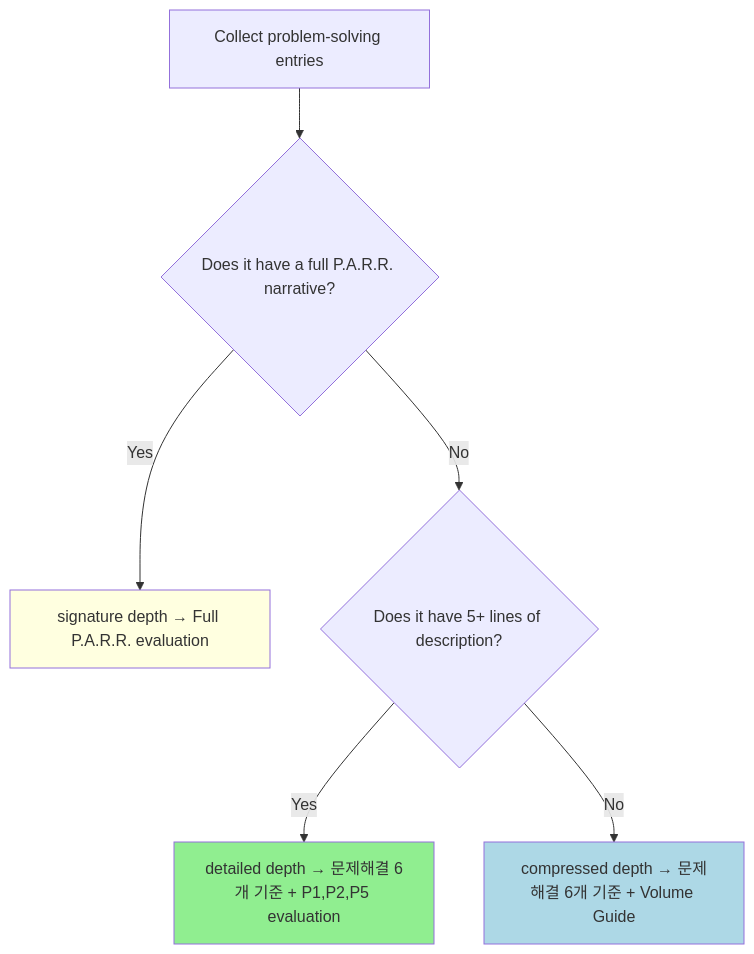
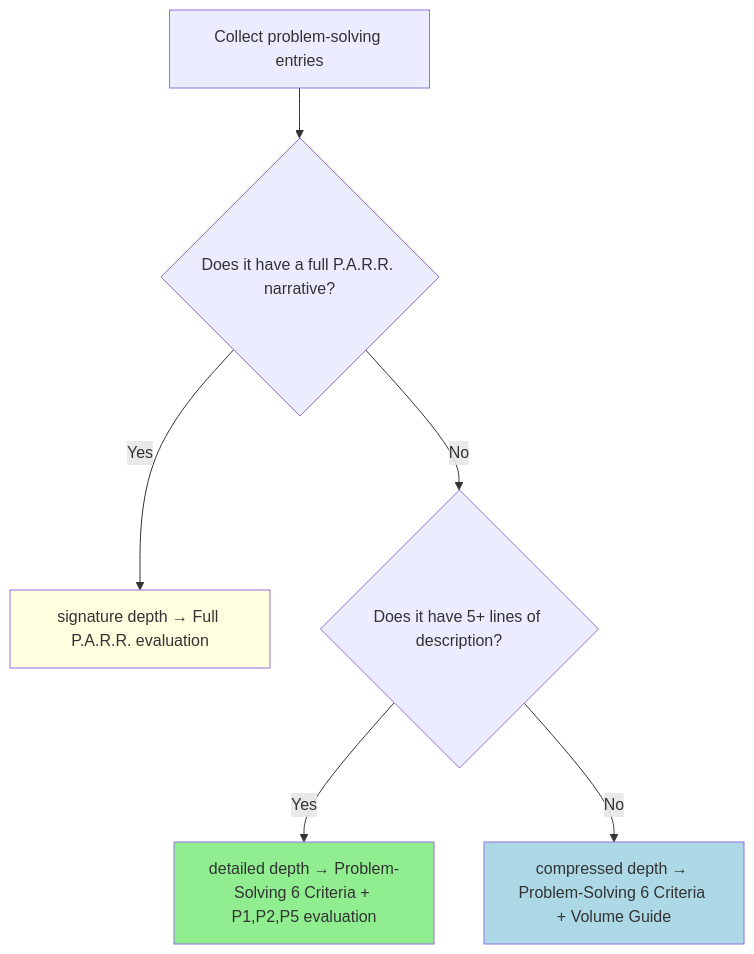
The diagram in projects/resume-manage/skills/review-resume/references/problem-solving.md (toongri/oh-my-toong-playground), drawn with Mermaid before and after one commit. The commit also changed other lines of this file and 8 other files, not shown here.

````diff
--- a/projects/resume-manage/skills/review-resume/references/problem-solving.md
+++ b/projects/resume-manage/skills/review-resume/references/problem-solving.md
@@ -62,12 +66,12 @@
 ```mermaid
 flowchart TB
     A[Collect problem-solving entries] --> B{Does it have a full P.A.R.R. narrative?}
     B -->|Yes| C[signature depth → Full P.A.R.R. evaluation]
     B -->|No| D{Does it have 5+ lines of description?}
-    D -->|Yes| E[detailed depth → 문제해결 6개 기준 + P1,P2,P5 evaluation]
-    D -->|No| F[compressed depth → 문제해결 6개 기준 + Volume Guide]
+    D -->|Yes| E[detailed depth → Problem-Solving 6 Criteria + P1,P2,P5 evaluation]
+    D -->|No| F[compressed depth → Problem-Solving 6 Criteria + Volume Guide]
 
     style C fill:lightyellow
     style E fill:lightgreen
     style F fill:lightblue
 ```
````
